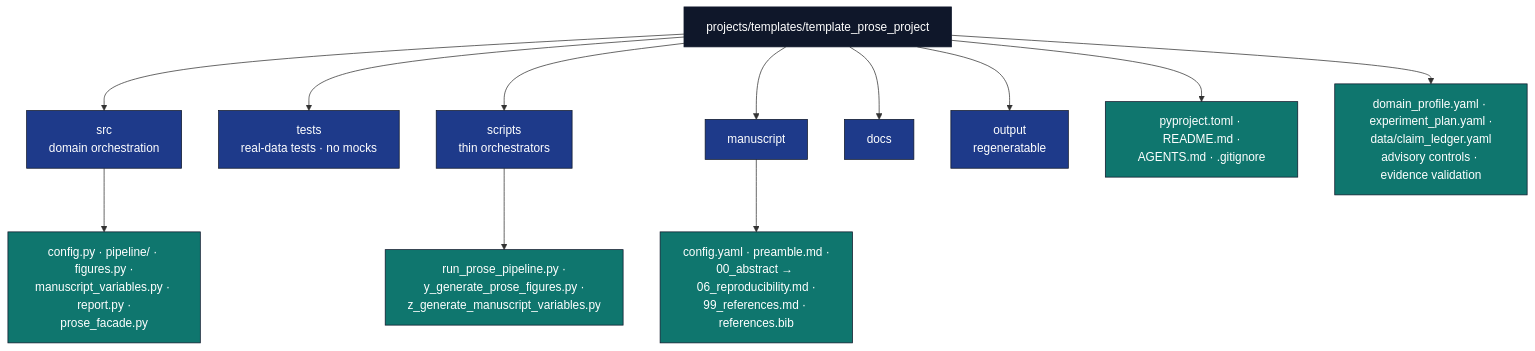
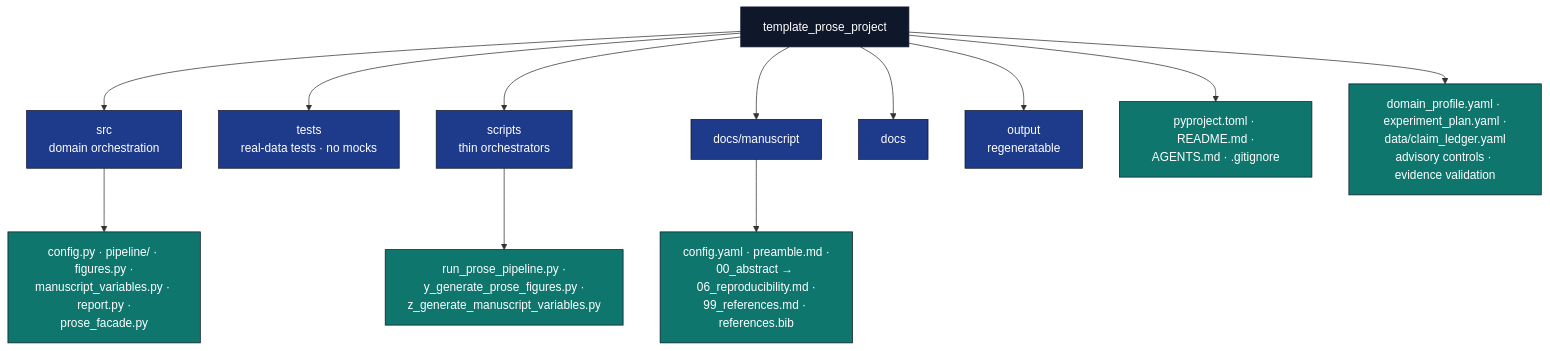
Before and after one commit to docxology/template_prose_project: the diagram in AGENTS.md, drawn with Mermaid. The commit also changed other lines of this file and 1 other file, not shown here.

Commit message:
Clarify standalone prose render stages

````diff
--- a/AGENTS.md
+++ b/AGENTS.md
@@ -14,23 +18,23 @@
 ```mermaid
 flowchart TB
-    P[projects/templates/template_prose_project]
+    P[template_prose_project]
     P --> SRC[src<br/>domain orchestration]
     P --> T[tests<br/>real-data tests · no mocks]
     P --> SC[scripts<br/>thin orchestrators]
-    P --> M[manuscript]
+    P --> M[docs/manuscript]
     P --> DOCS[docs]
     P --> OUT[output<br/>regeneratable]
     P --> META[pyproject.toml · README.md ·<br/>AGENTS.md · .gitignore]
     P --> OVERLAY[domain_profile.yaml · experiment_plan.yaml ·<br/>data/claim_ledger.yaml<br/>advisory controls · evidence validation]
 
     SRC --> SRC_F[config.py · pipeline/ · figures.py ·<br/>manuscript_variables.py · report.py ·<br/>prose_facade.py]
     SC --> SC_F[run_prose_pipeline.py ·<br/>y_generate_prose_figures.py ·<br/>z_generate_manuscript_variables.py]
     M --> M_F[config.yaml · preamble.md ·<br/>00_abstract → 06_reproducibility.md ·<br/>99_references.md · references.bib]
 
     classDef d fill:#0f172a,stroke:#0f172a,color:#fff
     classDef pkg fill:#1e3a8a,stroke:#0f172a,color:#fff
     classDef f fill:#0f766e,stroke:#0f172a,color:#fff
     class P d
     class SRC,T,SC,M,DOCS,OUT pkg
     class SRC_F,SC_F,M_F,META,OVERLAY f
 ```
````
